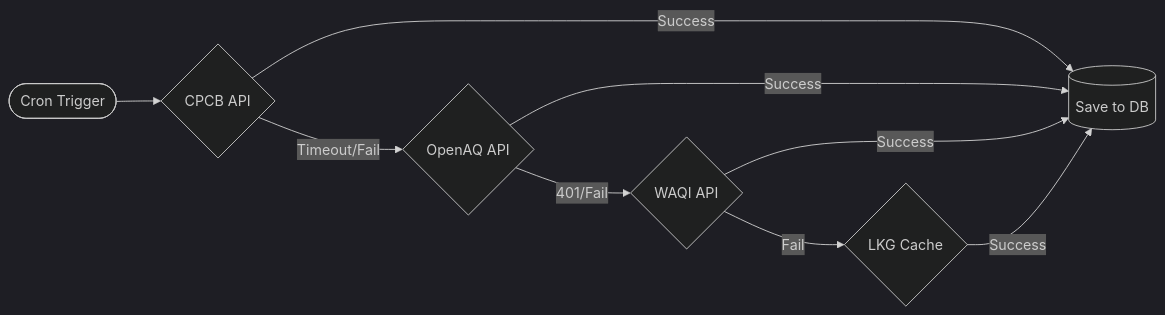
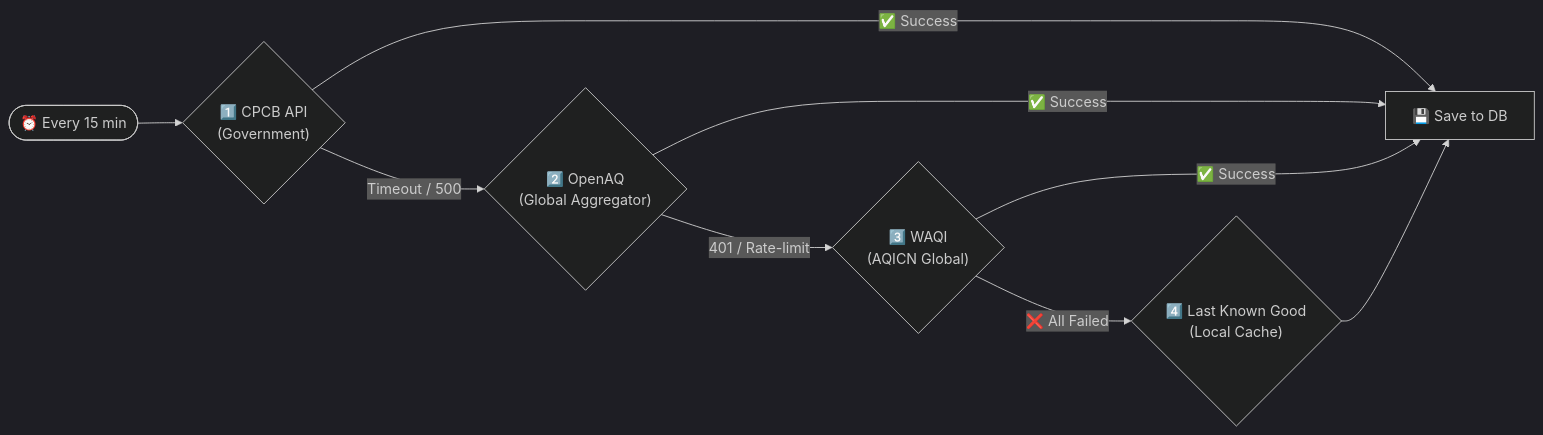
The second of 4 diagrams in vayu-sangam/ARCHITECTURE.md (Purjeet979/VAYU), drawn with Mermaid (dark theme) before and after one commit. The commit also changed other lines of this file, not shown here.

Commit message:
Comprehensive ARCHITECTURE.md rewrite: 20-section technical doc for judges

````diff
--- a/vayu-sangam/ARCHITECTURE.md
+++ b/vayu-sangam/ARCHITECTURE.md
@@ -42,11 +117,11 @@
 ```mermaid
 flowchart LR
-    Start([Cron Trigger]) --> CPCB{CPCB API}
-    CPCB -->|Timeout/Fail| OpenAQ{OpenAQ API}
-    CPCB -->|Success| Save[(Save to DB)]
-    OpenAQ -->|401/Fail| WAQI{WAQI API}
-    OpenAQ -->|Success| Save
-    WAQI -->|Fail| LKG{LKG Cache}
-    WAQI -->|Success| Save
-    LKG -->|Success| Save
+    START(["⏰ Every 15 min"]) --> CPCB{"1️⃣ CPCB API<br/>(Government)"}
+    CPCB -->|"Timeout / 500"| OPENAQ{"2️⃣ OpenAQ<br/>(Global Aggregator)"}
+    CPCB -->|"✅ Success"| SAVE["💾 Save to DB"]
+    OPENAQ -->|"401 / Rate-limit"| WAQI{"3️⃣ WAQI<br/>(AQICN Global)"}
+    OPENAQ -->|"✅ Success"| SAVE
+    WAQI -->|"❌ All Failed"| LKG{"4️⃣ Last Known Good<br/>(Local Cache)"}
+    WAQI -->|"✅ Success"| SAVE
+    LKG --> SAVE
 ```
````
